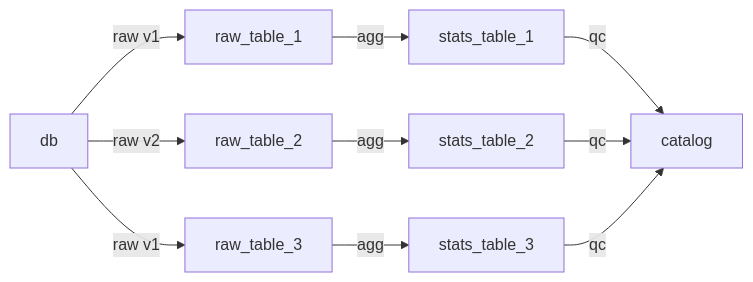
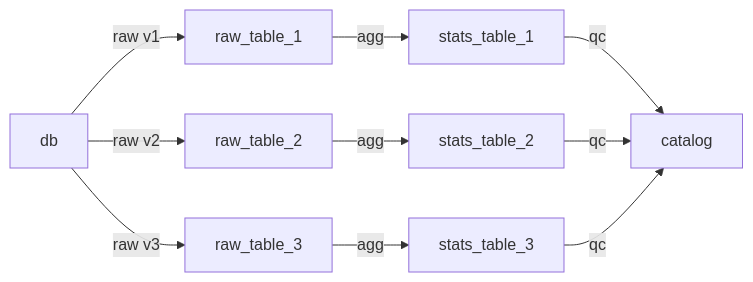
The diagram in content/notes/20260810-data-observability.md (tywr/tywr.github.io), drawn with Mermaid before and after one commit. The commit also changed other lines of this file and 2 other files, not shown here.

````diff
--- a/content/notes/20260810-data-observability.md
+++ b/content/notes/20260810-data-observability.md
@@ -27,6 +27,6 @@
 ```mermaid
 flowchart LR
-db -->|raw v1| raw_table_1 -->|agg| stats_table_1 --> |qc| catalog
-db -->|raw v2| raw_table_2 -->|agg| stats_table_2 --> |qc| catalog
-db -->|raw v1| raw_table_3 -->|agg| stats_table_3--> |qc| catalog
+db -->|raw v1| raw_table_1 -->|agg| stats_table_1 -->|qc| catalog
+db -->|raw v2| raw_table_2 -->|agg| stats_table_2 -->|qc| catalog
+db -->|raw v3| raw_table_3 -->|agg| stats_table_3 -->|qc| catalog
 ```
````
